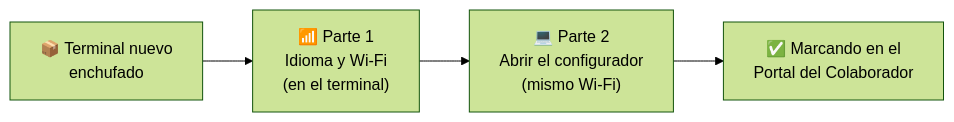
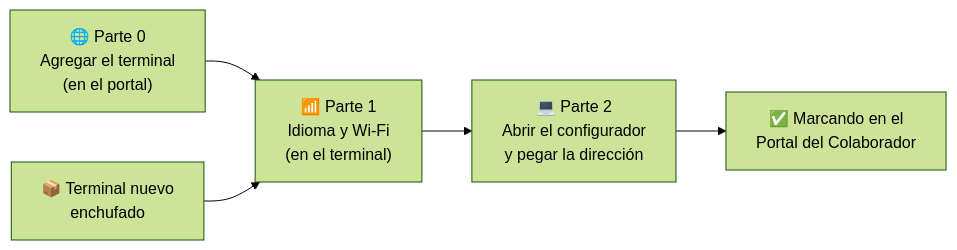
One commit to AudisoftSPA/audisoft-configurador-autoupdater changed the diagram in README.md. Above: the diagram before and after it, drawn with Mermaid (forest theme). The commit also changed other lines of this file and 9 other files, not shown here.

First line of the commit message:
README: configurador 1.1.0 (dirección del portal, clave automática, disponibilidad)

````diff
--- a/README.md
+++ b/README.md
@@ -19,6 +20,7 @@
 ```mermaid
 flowchart LR
+    P["🌐 Parte 0<br/>Agregar el terminal<br/>(en el portal)"] --> B
     A["📦 Terminal nuevo<br/>enchufado"] --> B["📶 Parte 1<br/>Idioma y Wi-Fi<br/>(en el terminal)"]
-    B --> C["💻 Parte 2<br/>Abrir el configurador<br/>(mismo Wi-Fi)"]
+    B --> C["💻 Parte 2<br/>Abrir el configurador<br/>y pegar la dirección"]
     C --> D["✅ Marcando en el<br/>Portal del Colaborador"]
 ```
````
